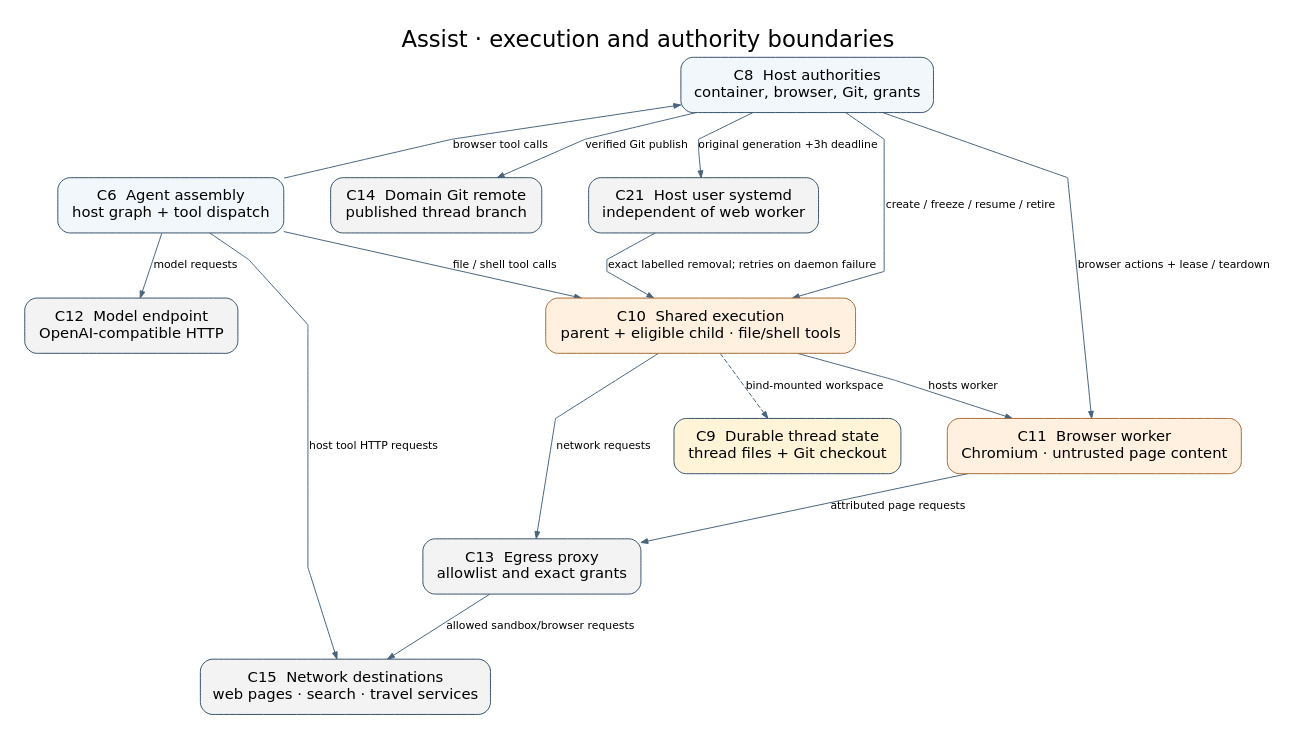
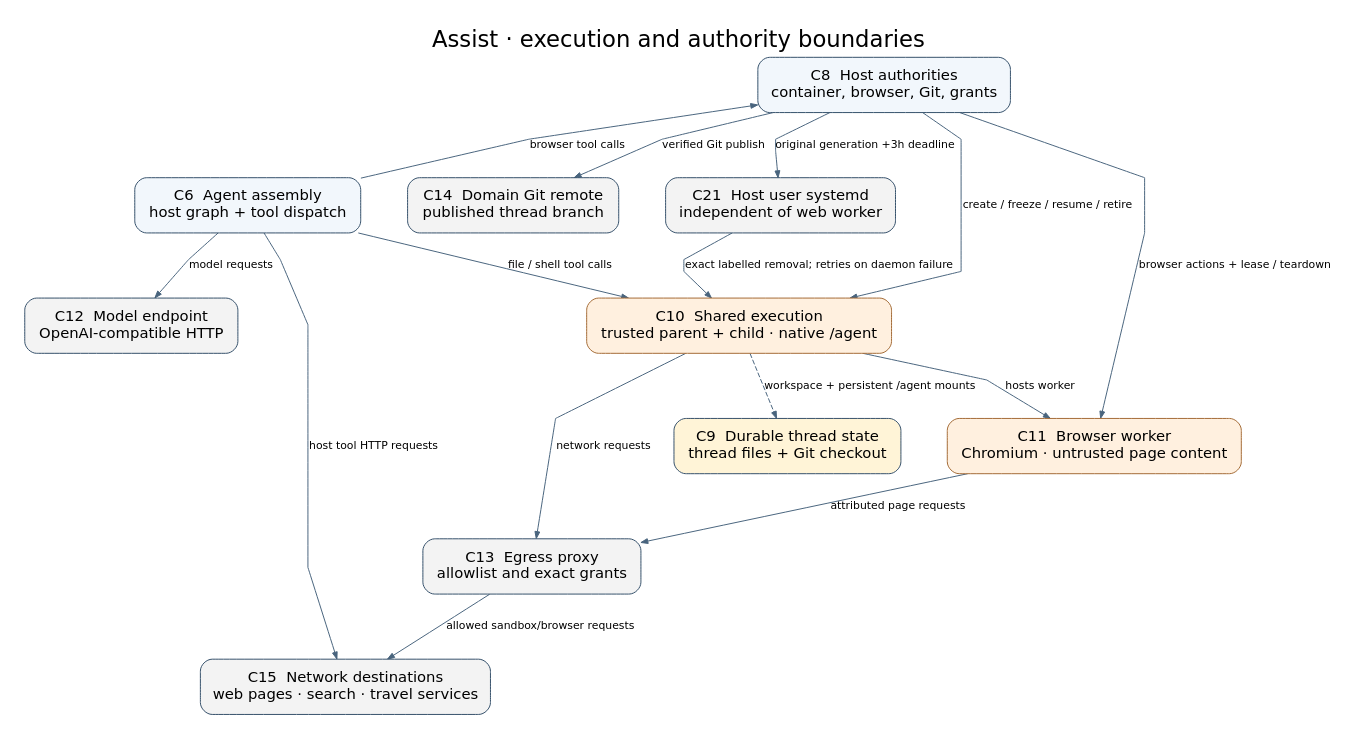
One commit to pierrel/assist changed the diagram in docs/architecture-boundaries.dot. Above: the diagram before and after it, drawn with Graphviz. The commit also changed 19 other files, not shown here.

Commit message:
Share persistent native agent files with trusted child work

```diff
--- a/docs/architecture-boundaries.dot
+++ b/docs/architecture-boundaries.dot
@@ -1,44 +1,44 @@
 digraph Boundaries {
   graph [label="Assist · execution and authority boundaries", labelloc=t,
          fontname="DejaVu Sans", fontsize=23, bgcolor="white",
          rankdir=TB, pad=0.25, nodesep=0.65, ranksep=0.75,
          splines=polyline, outputorder=edgesfirst];
   node [shape=box, style="rounded,filled", color="#34506a",
         fillcolor="#f2f7fc", fontname="DejaVu Sans", fontsize=15,
         margin="0.20,0.15"];
   edge [fontname="DejaVu Sans", fontsize=11, color="#49647d",
         arrowsize=0.7];
 
   C6 [label="C6  Agent assembly\nhost graph + tool dispatch"];
   C8 [label="C8  Host authorities\ncontainer, browser, Git, grants"];
   C9 [label="C9  Durable thread state\nthread files + Git checkout",
       fillcolor="#fff4d7"];
-  C10 [label="C10  Shared execution\nparent + eligible child · file/shell tools",
+  C10 [label="C10  Shared execution\ntrusted parent + child · native /agent",
        fillcolor="#fff0df", color="#a46b36"];
   C11 [label="C11  Browser worker\nChromium · untrusted page content",
        fillcolor="#fff0df", color="#a46b36"];
   C12 [label="C12  Model endpoint\nOpenAI-compatible HTTP",
        fillcolor="#f3f3f3"];
   C13 [label="C13  Egress proxy\nallowlist and exact grants",
        fillcolor="#f3f3f3"];
   C14 [label="C14  Domain Git remote\npublished thread branch",
        fillcolor="#f3f3f3"];
   C15 [label="C15  Network destinations\nweb pages · search · travel services",
        fillcolor="#f3f3f3"];
   C21 [label="C21  Host user systemd\nindependent of web worker", fillcolor="#f3f3f3"];
 
   C6 -> C10 [label="file / shell tool calls"];
   C6 -> C8 [label="browser tool calls", constraint=false];
   C6 -> C12 [label="model requests"];
   C6 -> C15 [label="host tool HTTP requests"];
   C8 -> C10 [label="create / freeze / resume / retire"];
   C8 -> C21 [label="original generation +3h deadline"];
   C21 -> C10 [label="exact labelled removal; retries on daemon failure"];
   C8 -> C11 [label="browser actions + lease / teardown"];
   C8 -> C14 [label="verified Git publish"];
   C10 -> C11 [label="hosts worker"];
   C10 -> C13 [label="network requests"];
   C11 -> C13 [label="attributed page requests"];
   C13 -> C15 [label="allowed sandbox/browser requests"];
-  C10 -> C9 [label="bind-mounted workspace", style=dashed];
+  C10 -> C9 [label="workspace + persistent /agent mounts", style=dashed];
 }
```
